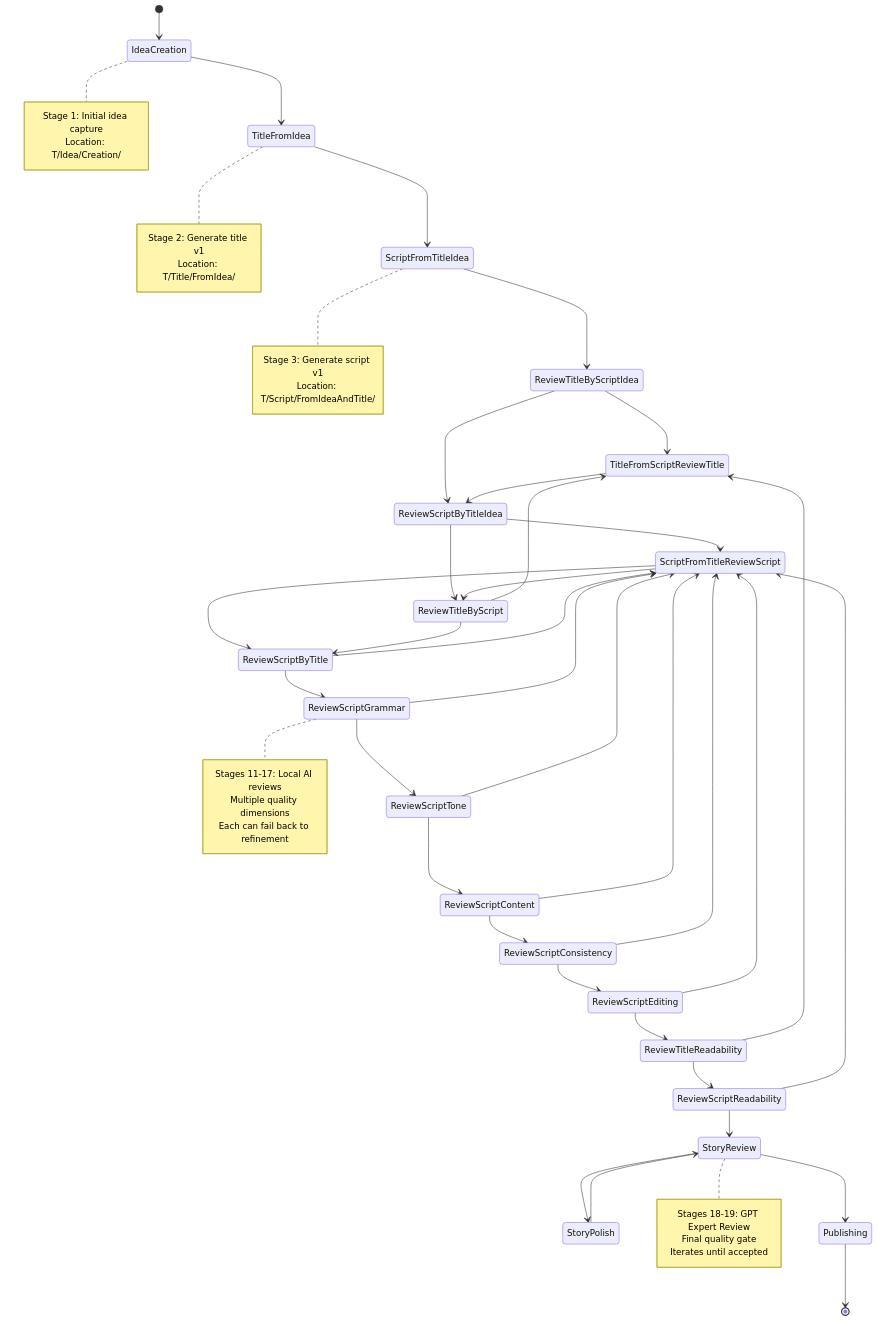
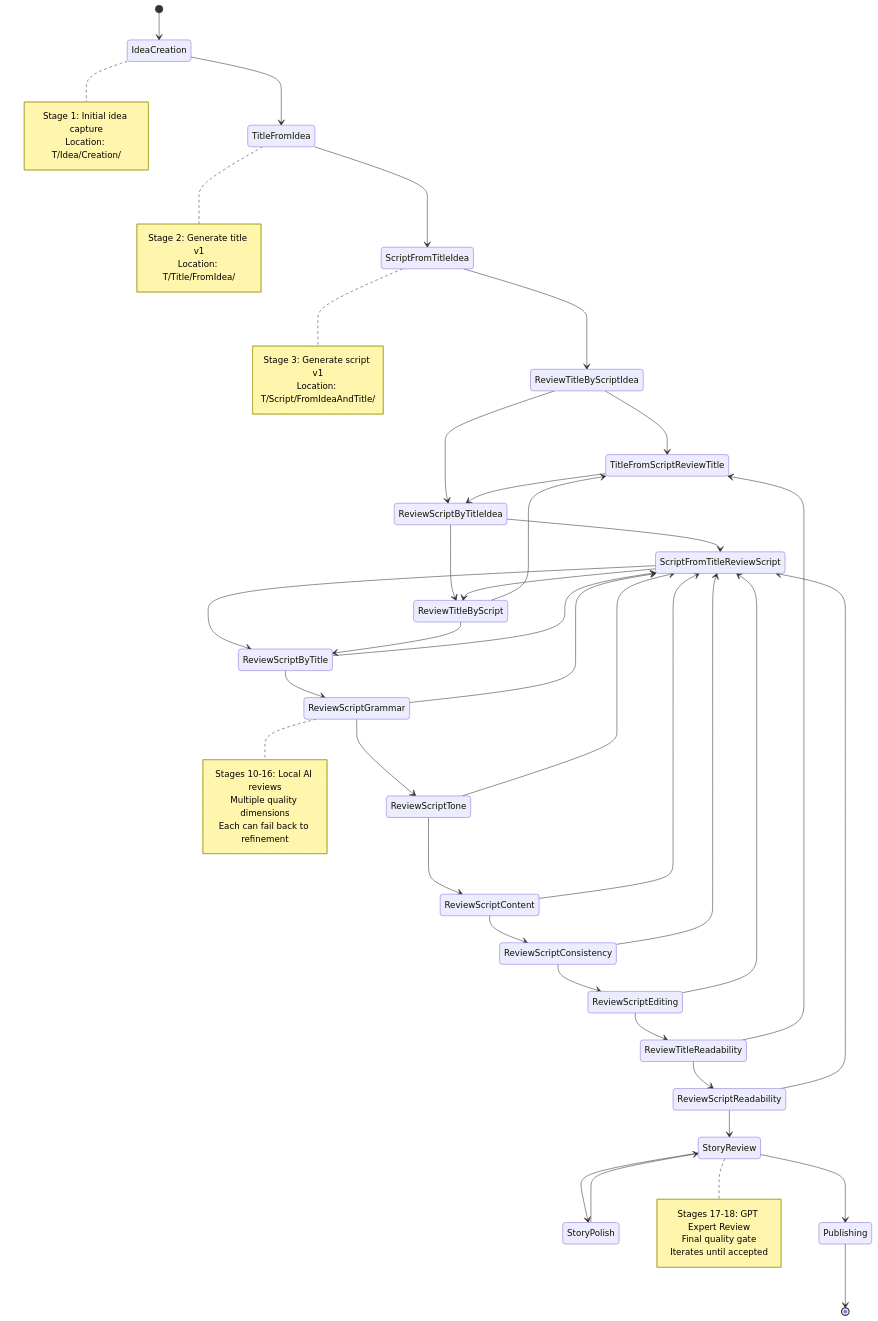
One commit to Nomoos/PrismQ changed the diagram in T/WORKFLOW_STATE_MACHINE.md. Above: the diagram before and after it, drawn with Mermaid. The commit also changed other lines of this file and 2 other files, not shown here.

````diff
--- a/T/WORKFLOW_STATE_MACHINE.md
+++ b/T/WORKFLOW_STATE_MACHINE.md
@@ -7,80 +7,80 @@
 ```mermaid
 stateDiagram-v2
     [*] --> IdeaCreation
     
     IdeaCreation --> TitleFromIdea
     TitleFromIdea --> ScriptFromTitleIdea
     ScriptFromTitleIdea --> ReviewTitleByScriptIdea
     
     ReviewTitleByScriptIdea --> TitleFromScriptReviewTitle
     ReviewTitleByScriptIdea --> ReviewScriptByTitleIdea
     
     TitleFromScriptReviewTitle --> ReviewScriptByTitleIdea
     
     ReviewScriptByTitleIdea --> ScriptFromTitleReviewScript
     ReviewScriptByTitleIdea --> ReviewTitleByScript
     
     ScriptFromTitleReviewScript --> ReviewTitleByScript
     ScriptFromTitleReviewScript --> ReviewScriptByTitle
     
     ReviewTitleByScript --> TitleFromScriptReviewTitle
     ReviewTitleByScript --> ReviewScriptByTitle
     
     ReviewScriptByTitle --> ScriptFromTitleReviewScript
     ReviewScriptByTitle --> ReviewScriptGrammar
     
     ReviewScriptGrammar --> ReviewScriptTone
     ReviewScriptGrammar --> ScriptFromTitleReviewScript
     
     ReviewScriptTone --> ReviewScriptContent
     ReviewScriptTone --> ScriptFromTitleReviewScript
     
     ReviewScriptContent --> ReviewScriptConsistency
     ReviewScriptContent --> ScriptFromTitleReviewScript
     
     ReviewScriptConsistency --> ReviewScriptEditing
     ReviewScriptConsistency --> ScriptFromTitleReviewScript
     
     ReviewScriptEditing --> ReviewTitleReadability
     ReviewScriptEditing --> ScriptFromTitleReviewScript
     
     ReviewTitleReadability --> ReviewScriptReadability
     ReviewTitleReadability --> TitleFromScriptReviewTitle
     
     ReviewScriptReadability --> StoryReview
     ReviewScriptReadability --> ScriptFromTitleReviewScript
     
     StoryReview --> StoryPolish
     StoryReview --> Publishing
     
     StoryPolish --> StoryReview
     
     Publishing --> [*]
 
     note right of IdeaCreation
         Stage 1: Initial idea capture
         Location: T/Idea/Creation/
     end note
     
     note right of TitleFromIdea
         Stage 2: Generate title v1
         Location: T/Title/FromIdea/
     end note
     
     note right of ScriptFromTitleIdea
         Stage 3: Generate script v1
         Location: T/Script/FromIdeaAndTitle/
     end note
     
     note right of ReviewScriptGrammar
-        Stages 11-17: Local AI reviews
+        Stages 10-16: Local AI reviews
         Multiple quality dimensions
         Each can fail back to refinement
     end note
     
     note right of StoryReview
-        Stages 18-19: GPT Expert Review
+        Stages 17-18: GPT Expert Review
         Final quality gate
         Iterates until accepted
     end note
 ```
````
